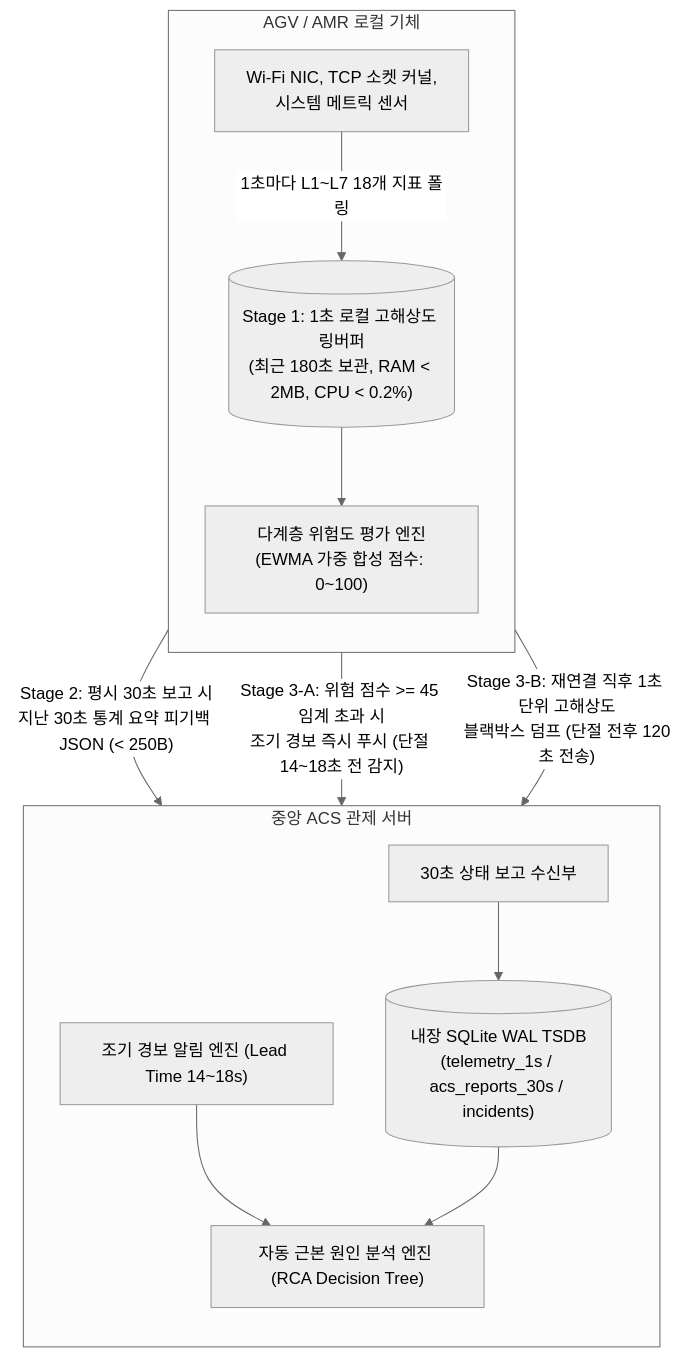
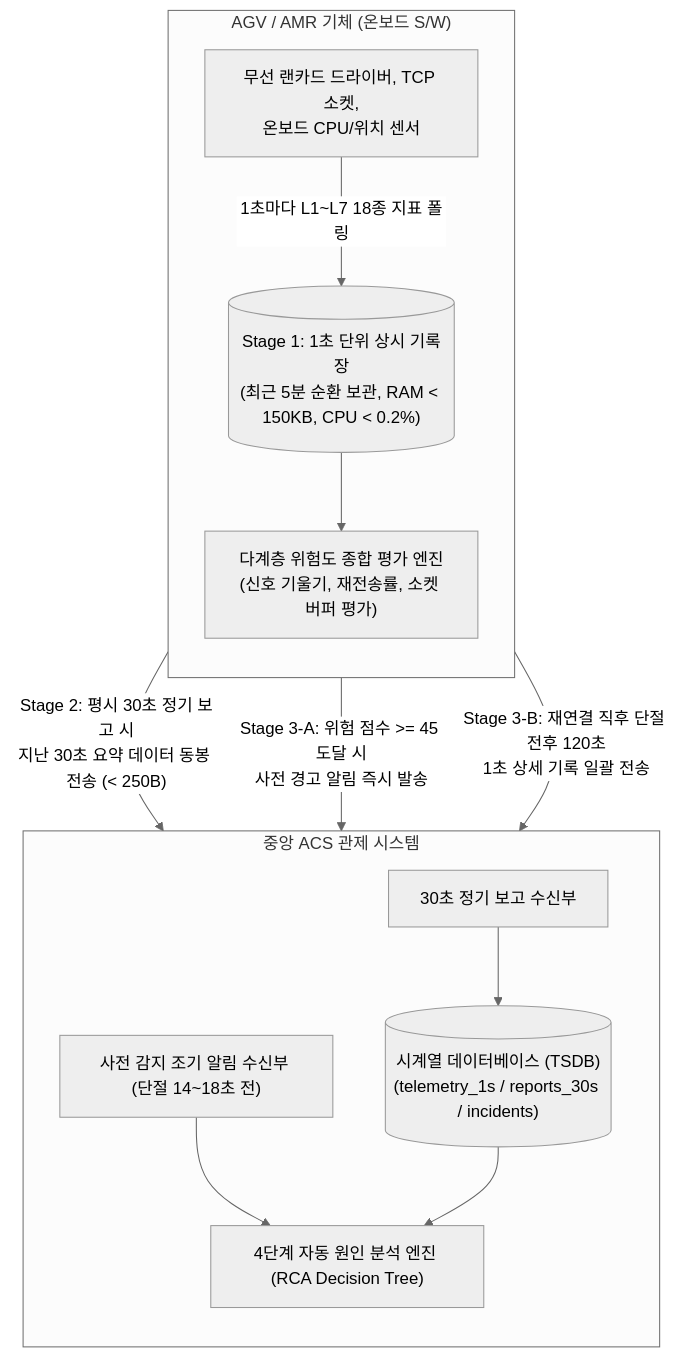
The first of 3 diagrams in README.md (planner77/network_dashboard), drawn with Mermaid (neutral theme) before and after one commit. The commit also changed other lines of this file and 17 other files, not shown here.

Commit message:
feat(v1.1): light theme default, port 9921 .env config, plain terminology, AGV/ACS roles tab, sticky table & high-visibility tour

````diff
--- a/README.md
+++ b/README.md
@@ -28,28 +39,28 @@
 ```mermaid
 flowchart TD
-    subgraph AGV["AGV / AMR 로컬 기체"]
+    subgraph AGV["AGV / AMR 기체 (온보드 S/W)"]
         direction TB
-        Sensors["Wi-Fi NIC, TCP 소켓 커널,\n시스템 메트릭 센서"]
-        RingBuffer[("Stage 1: 1초 로컬 고해상도 링버퍼\n(최근 180초 보관, RAM < 2MB, CPU < 0.2%)")]
-        RiskEngine["다계층 위험도 평가 엔진\n(EWMA 가중 합성 점수: 0~100)"]
+        Sensors["무선 랜카드 드라이버, TCP 소켓,\n온보드 CPU/위치 센서"]
+        RingBuffer[("Stage 1: 1초 단위 상시 기록장\n(최근 5분 순환 보관, RAM < 150KB, CPU < 0.2%)")]
+        RiskEngine["다계층 위험도 종합 평가 엔진\n(신호 기울기, 재전송률, 소켓 버퍼 평가)"]
         
-        Sensors -->|"1초마다 L1~L7 18개 지표 폴링"| RingBuffer
+        Sensors -->|"1초마다 L1~L7 18종 지표 폴링"| RingBuffer
         RingBuffer --> RiskEngine
     end
 
-    subgraph ACS["중앙 ACS 관제 서버"]
+    subgraph ACS["중앙 ACS 관제 시스템"]
         direction TB
-        ReportReceiver["30초 상태 보고 수신부"]
-        EarlyWarning["조기 경보 알림 엔진 (Lead Time 14~18s)"]
-        TSDBEngine[("내장 SQLite WAL TSDB\n(telemetry_1s / acs_reports_30s / incidents)")]
-        RCADiagnostics["자동 근본 원인 분석 엔진 (RCA Decision Tree)"]
+        ReportReceiver["30초 정기 보고 수신부"]
+        EarlyWarning["사전 감지 조기 알림 수신부 (단절 14~18초 전)"]
+        TSDBEngine[("시계열 데이터베이스 (TSDB)\n(telemetry_1s / reports_30s / incidents)")]
+        RCADiagnostics["4단계 자동 원인 분석 엔진 (RCA Decision Tree)"]
     end
 
-    RiskEngine -->|"Stage 2: 평시 30초 보고 시\n지난 30초 통계 요약 피기백 JSON (< 250B)"| ReportReceiver
-    RiskEngine -->|"Stage 3-A: 위험 점수 >= 45 임계 초과 시\n조기 경보 즉시 푸시 (단절 14~18초 전 감지)"| EarlyWarning
-    RingBuffer -->|"Stage 3-B: 재연결 직후 1초 단위 고해상도\n블랙박스 덤프 (단절 전후 120초 전송)"| TSDBEngine
+    RiskEngine -->|"Stage 2: 평시 30초 정기 보고 시\n지난 30초 요약 데이터 동봉 전송 (< 250B)"| ReportReceiver
+    RiskEngine -->|"Stage 3-A: 위험 점수 >= 45 도달 시\n사전 경고 알림 즉시 발송"| EarlyWarning
+    RingBuffer -->|"Stage 3-B: 재연결 직후 단절 전후 120초\n1초 상세 기록 일괄 전송"| TSDBEngine
 
     ReportReceiver --> TSDBEngine
     EarlyWarning --> RCADiagnostics
     TSDBEngine --> RCADiagnostics
 ```
````
